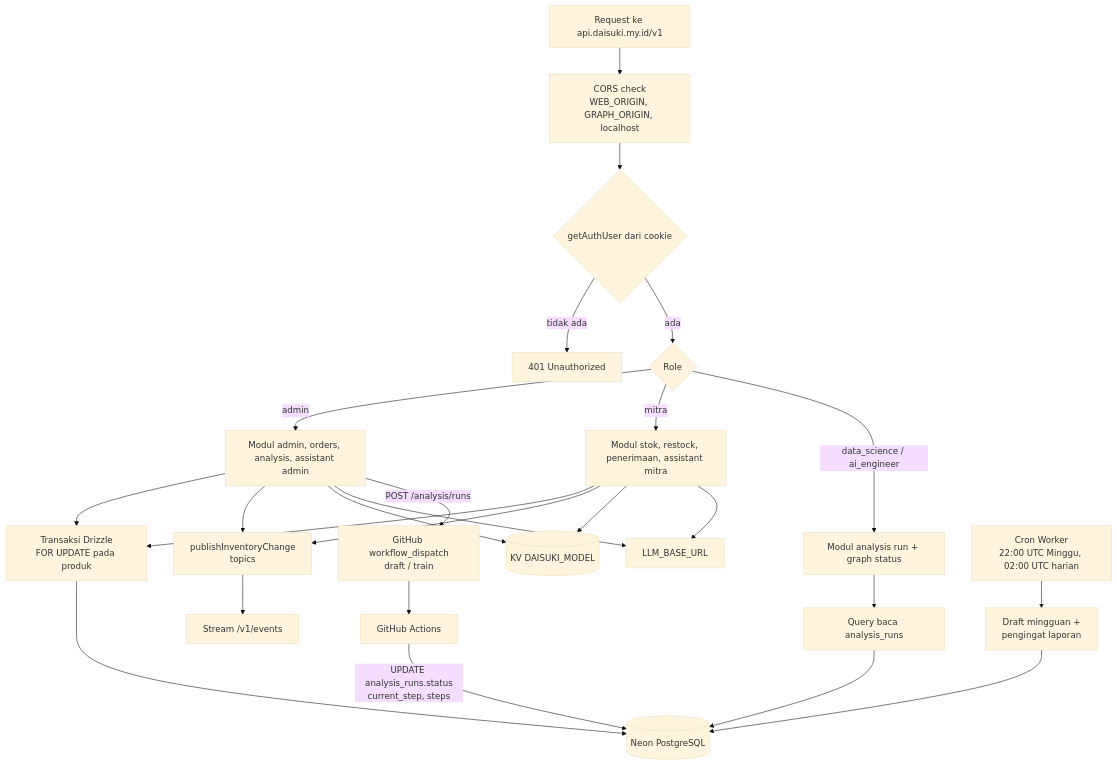
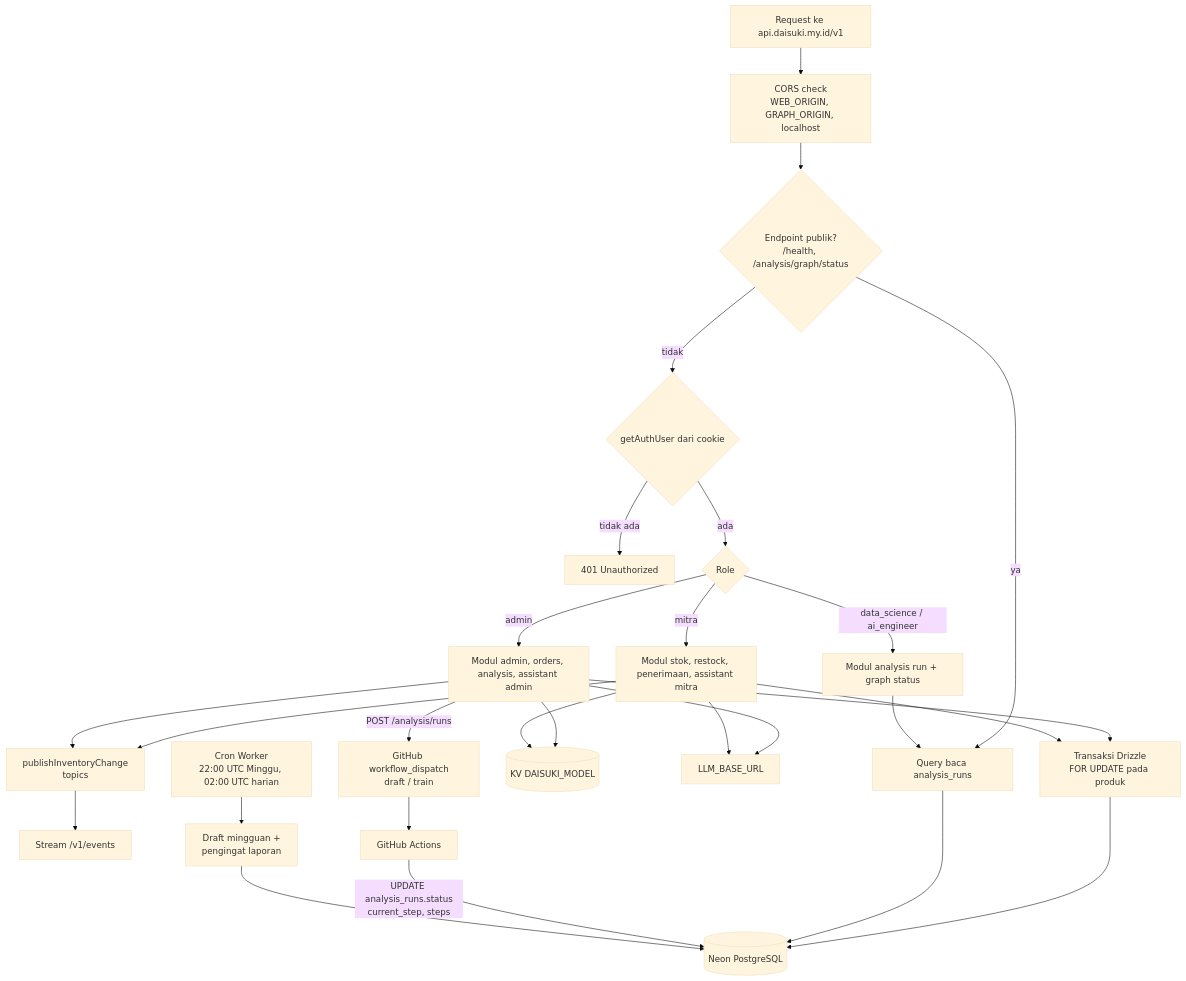
Before and after one commit to HudzaifahArrantisi/Dicoding-Project: the third of 5 diagrams in docs/FLOW_SISTEM_WORKER.md, drawn with Mermaid (base theme). The commit also changed 5 other files, not shown here.

Commit message:
feat: add public analysis status endpoint for cross-device graph dashboard monitoring

````diff
--- a/docs/FLOW_SISTEM_WORKER.md
+++ b/docs/FLOW_SISTEM_WORKER.md
@@ -81,35 +81,37 @@
 ```mermaid
 flowchart TD
     IN["Request ke api.daisuki.my.id/v1"] --> CORS["CORS check<br/>WEB_ORIGIN, GRAPH_ORIGIN, localhost"]
-    CORS --> AUTH{"getAuthUser dari cookie"}
+    CORS --> PUB{"Endpoint publik?<br/>/health, /analysis/graph/status"}
+    PUB -->|"ya"| READ["Query baca analysis_runs"]
+    PUB -->|"tidak"| AUTH{"getAuthUser dari cookie"}
 
     AUTH -->|"tidak ada"| R401["401 Unauthorized"]
     AUTH -->|"ada"| ROLE{"Role"}
 
     ROLE -->|"admin"| MODA["Modul admin, orders, analysis, assistant admin"]
     ROLE -->|"mitra"| MODM["Modul stok, restock, penerimaan, assistant mitra"]
     ROLE -->|"data_science / ai_engineer"| MODI["Modul analysis run + graph status"]
 
     MODA --> TX["Transaksi Drizzle<br/>FOR UPDATE pada produk"]
     MODM --> TX
-    MODI --> READ["Query baca analysis_runs"]
+    MODI --> READ
 
     TX --> DB[("Neon PostgreSQL")]
     READ --> DB
 
     MODM --> SSE["publishInventoryChange<br/>topics"]
     MODA --> SSE
     SSE --> CLIENT["Stream /v1/events"]
 
     MODA --> KV[("KV DAISUKI_MODEL")]
     MODM --> KV
     MODA --> LLM["LLM_BASE_URL"]
     MODM --> LLM
 
     MODA -->|"POST /analysis/runs"| DISPATCH["GitHub workflow_dispatch<br/>draft / train"]
     DISPATCH --> GHA["GitHub Actions"]
     GHA -->|"UPDATE analysis_runs.status<br/>current_step, steps"| DB
 
     CRON["Cron Worker<br/>22:00 UTC Minggu, 02:00 UTC harian"] --> JOB["Draft mingguan +<br/>pengingat laporan"]
     JOB --> DB
 ```
````
